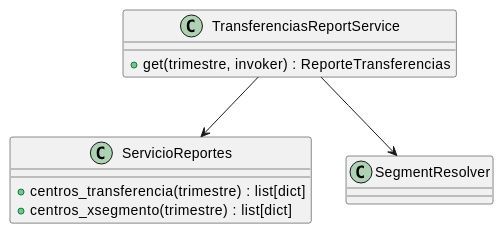
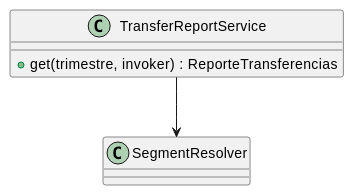
The diagram in source/requisitos/casos-uso/reports/uc-rpt-15/diagramas-uml/clases.rst (jcg-admin/IACT-docs), drawn with PlantUML before and after one commit. The commit also changed 79 other files, not shown here.

```diff
--- a/source/requisitos/casos-uso/reports/uc-rpt-15/diagramas-uml/clases.rst
+++ b/source/requisitos/casos-uso/reports/uc-rpt-15/diagramas-uml/clases.rst
@@ -4,14 +4,9 @@
 .. uml::
 
  @startuml
- class TransferenciasReportService {
+ class TransferReportService {
    + get(trimestre, invoker) : ReporteTransferencias
  }
- class ServicioReportes {
-   + centros_transferencia(trimestre) : list[dict]
-   + centros_xsegmento(trimestre) : list[dict]
- }
  class SegmentResolver
- TransferenciasReportService --> ServicioReportes
- TransferenciasReportService --> SegmentResolver
+ TransferReportService --> SegmentResolver
  @enduml
```
